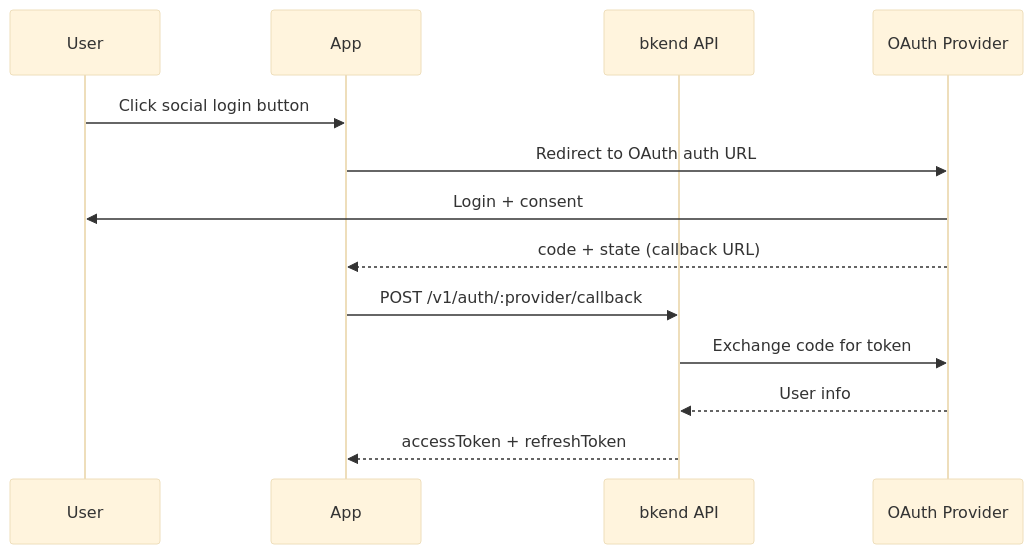
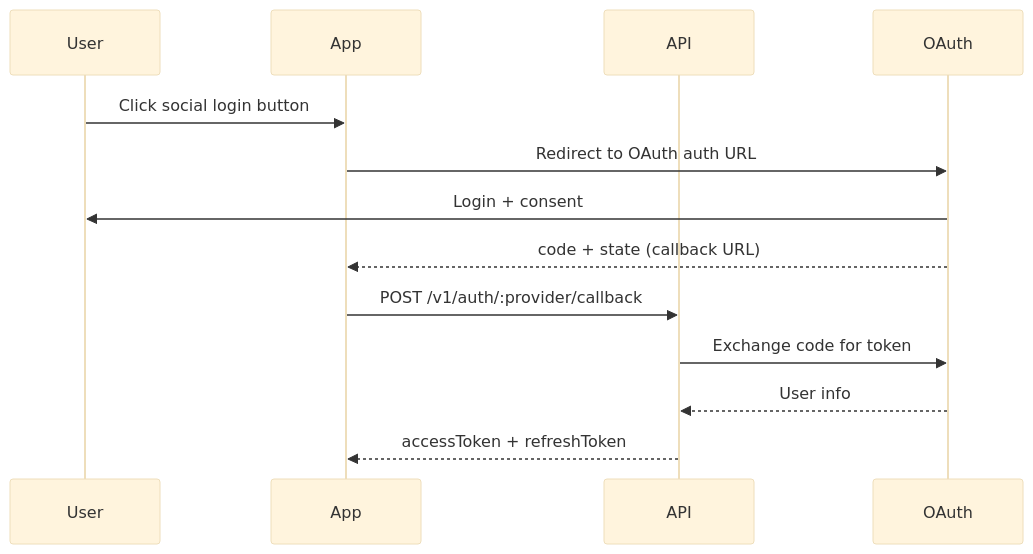
The diagram in en/authentication/05-social-overview.md (popup-studio-ai/bkend-docs), drawn with Mermaid (base theme) before and after one commit. The commit also changed 24 other files, not shown here.

````diff
--- a/en/authentication/05-social-overview.md
+++ b/en/authentication/05-social-overview.md
@@ -24,16 +24,16 @@
 ```mermaid
 sequenceDiagram
     participant User as User
     participant App as App
-    participant API as bkend API
-    participant Provider as OAuth Provider
+    participant API as API
+    participant Provider as OAuth
 
     User->>App: Click social login button
     App->>Provider: Redirect to OAuth auth URL
     Provider->>User: Login + consent
     Provider-->>App: code + state (callback URL)
     App->>API: POST /v1/auth/:provider/callback
     API->>Provider: Exchange code for token
     Provider-->>API: User info
     API-->>App: accessToken + refreshToken
 ```
````
